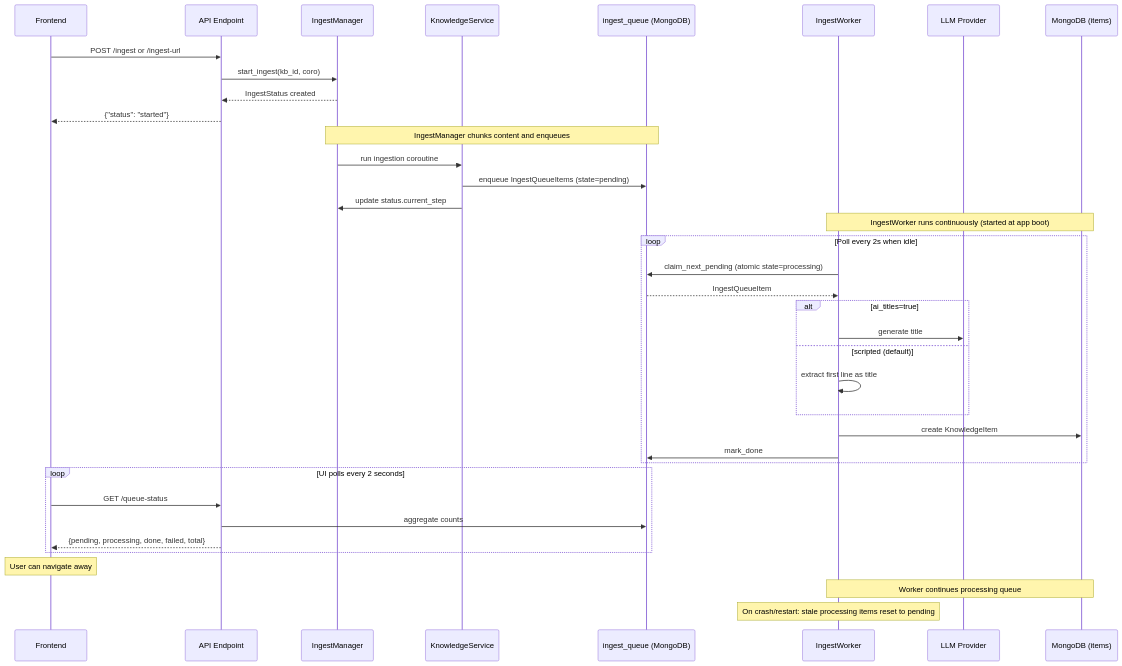
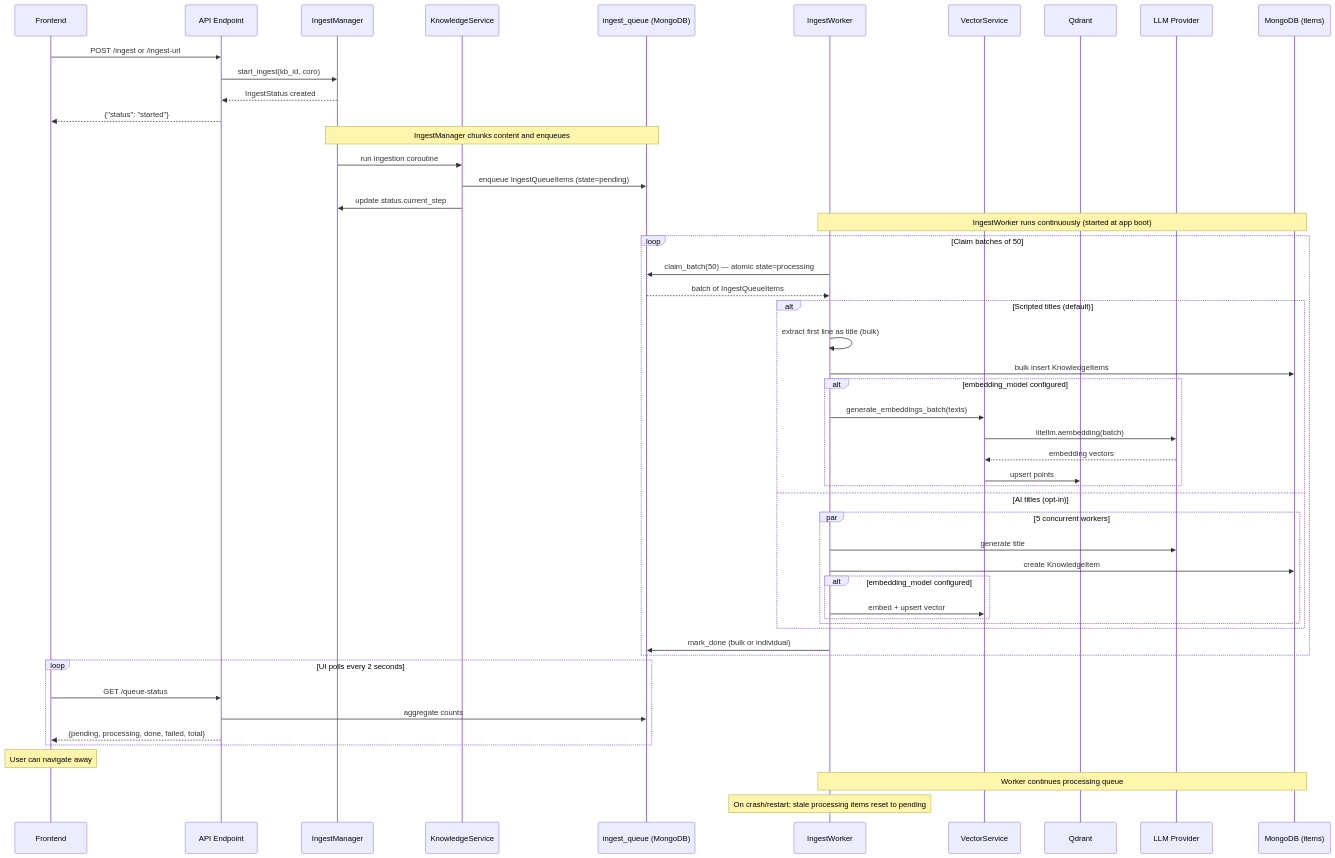
Diagram 16 of 18 in docs/knowledge-ingestion.md (0xdiNGo/kabAI), drawn with Mermaid before and after one commit. The commit also changed other lines of this file and 5 other files, not shown here.

````diff
--- a/docs/knowledge-ingestion.md
+++ b/docs/knowledge-ingestion.md
@@ -267,47 +595,61 @@
 ```mermaid
 sequenceDiagram
     participant UI as Frontend
     participant API as API Endpoint
     participant IM as IngestManager
     participant KS as KnowledgeService
     participant Q as ingest_queue (MongoDB)
     participant IW as IngestWorker
+    participant VS as VectorService
+    participant QD as Qdrant
     participant LLM as LLM Provider
     participant DB as MongoDB (items)
 
     UI->>API: POST /ingest or /ingest-url
     API->>IM: start_ingest(kb_id, coro)
     IM-->>API: IngestStatus created
     API-->>UI: {"status": "started"}
     
     Note over IM,Q: IngestManager chunks content and enqueues
     
     IM->>KS: run ingestion coroutine
     KS->>Q: enqueue IngestQueueItems (state=pending)
     KS->>IM: update status.current_step
     
     Note over IW,DB: IngestWorker runs continuously (started at app boot)
     
-    loop Poll every 2s when idle
-        IW->>Q: claim_next_pending (atomic state=processing)
-        Q-->>IW: IngestQueueItem
-        alt ai_titles=true
-            IW->>LLM: generate title
-        else scripted (default)
-            IW->>IW: extract first line as title
+    loop Claim batches of 50
+        IW->>Q: claim_batch(50) — atomic state=processing
+        Q-->>IW: batch of IngestQueueItems
+        alt Scripted titles (default)
+            IW->>IW: extract first line as title (bulk)
+            IW->>DB: bulk insert KnowledgeItems
+            alt embedding_model configured
+                IW->>VS: generate_embeddings_batch(texts)
+                VS->>LLM: litellm.aembedding(batch)
+                LLM-->>VS: embedding vectors
+                VS->>QD: upsert points
+            end
+        else AI titles (opt-in)
+            par 5 concurrent workers
+                IW->>LLM: generate title
+                IW->>DB: create KnowledgeItem
+                alt embedding_model configured
+                    IW->>VS: embed + upsert vector
+                end
+            end
         end
-        IW->>DB: create KnowledgeItem
-        IW->>Q: mark_done
+        IW->>Q: mark_done (bulk or individual)
     end
     
     loop UI polls every 2 seconds
         UI->>API: GET /queue-status
         API->>Q: aggregate counts
         API-->>UI: {pending, processing, done, failed, total}
     end
     
     Note over UI: User can navigate away
     Note over IW,DB: Worker continues processing queue
     
     Note over IW: On crash/restart: stale processing items reset to pending
 ```
````
